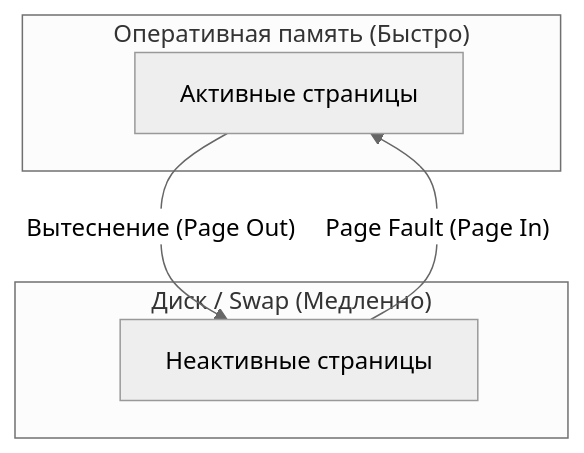
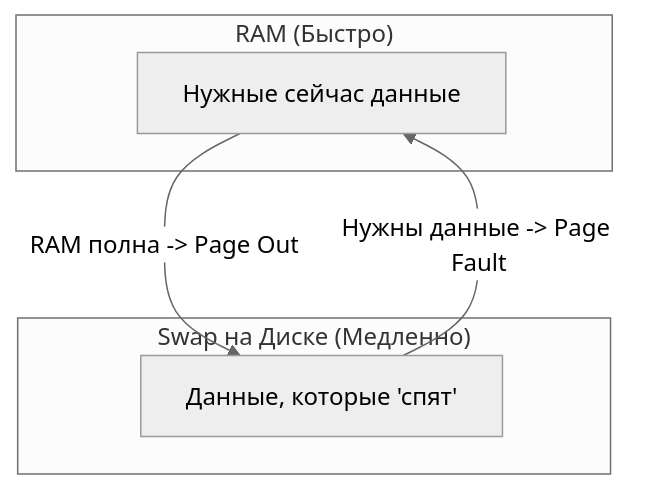
The third of 3 diagrams in theory/Golang/Allocator/base.md (IBraveMonkey/data_structure-algorithms), drawn with Mermaid (neutral theme) before and after one commit. The commit also changed other lines of this file and 21 other files, not shown here.

````diff
--- a/theory/Golang/Allocator/base.md
+++ b/theory/Golang/Allocator/base.md
@@ -268,11 +129,11 @@
 ```mermaid
 graph TD
-    subgraph RAM ["Оперативная память (Быстро)"]
-        Active[Активные страницы]
+    subgraph RAM ["RAM (Быстро)"]
+        Active[Нужные сейчас данные]
     end
-    subgraph DISK ["Диск / Swap (Медленно)"]
-        Idle[Неактивные страницы]
+    subgraph DISK ["Swap на Диске (Медленно)"]
+        Idle[Данные, которые 'спят']
     end
-    Active -- "Вытеснение (Page Out)" --> Idle
-    Idle -- "Page Fault (Page In)" --> Active
+    Active -- "RAM полна -> Page Out" --> Idle
+    Idle -- "Нужны данные -> Page Fault" --> Active
 ```
````
